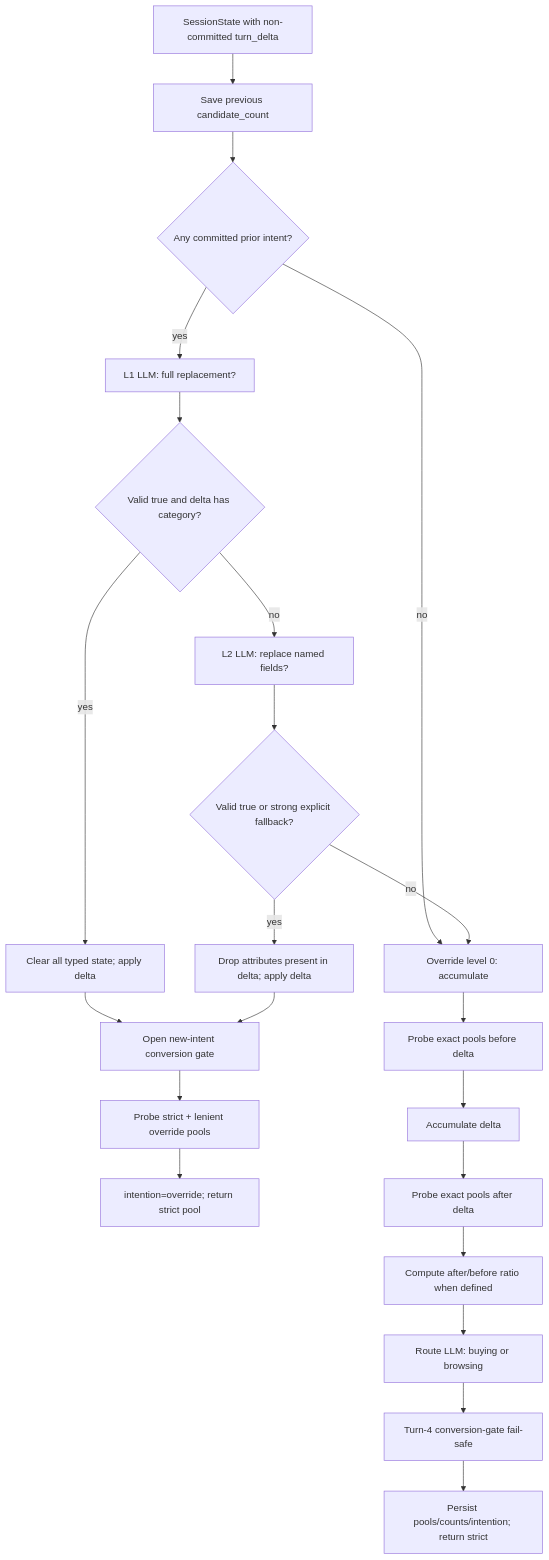
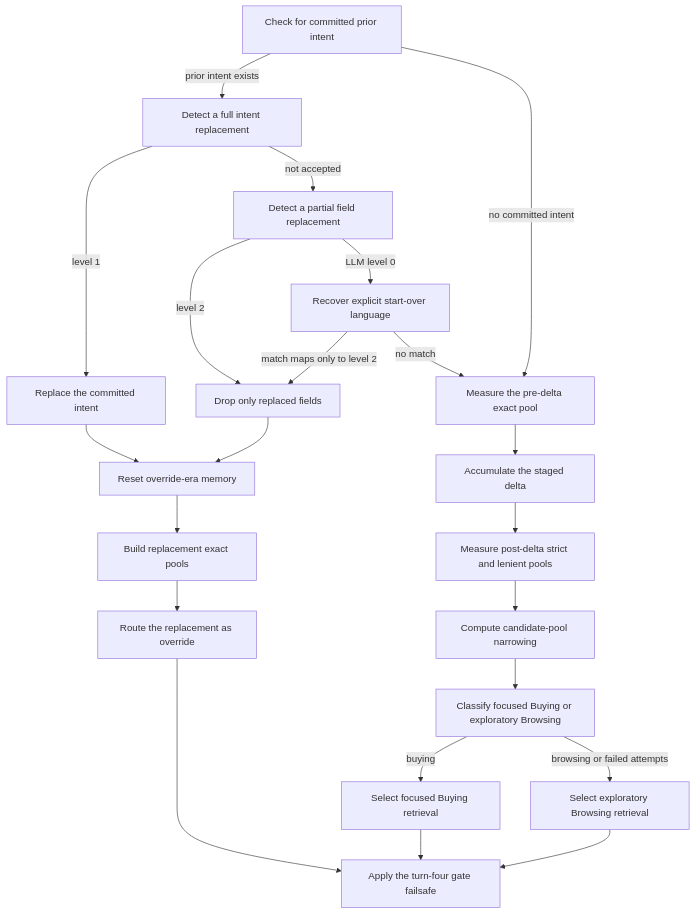
The diagram in agent/intent_router/README.md (Maxxtucker/WOW-WILDLOTUS-Shopping-Copilot), drawn with Mermaid before and after one commit. The commit also changed other lines of this file and 70 other files, not shown here.

First line of the commit message:
Align workflow schema with an interactive demo circuit.

````diff
--- a/agent/intent_router/README.md
+++ b/agent/intent_router/README.md
@@ -9,24 +10,41 @@
 ```mermaid
 flowchart TD
-    IN["SessionState with non-committed turn_delta"] --> PRIOR["Save previous candidate_count"]
-    PRIOR --> COMMIT{"Any committed prior intent?"}
-    COMMIT -- no --> ACC["Override level 0: accumulate"]
-    COMMIT -- yes --> L1["L1 LLM: full replacement?"]
-    L1 --> FULL{"Valid true and delta has category?"}
-    FULL -- yes --> RESET["Clear all typed state; apply delta"]
-    FULL -- no --> L2["L2 LLM: replace named fields?"]
-    L2 --> PART{"Valid true or strong explicit fallback?"}
-    PART -- yes --> DROP["Drop attributes present in delta; apply delta"]
-    PART -- no --> ACC
-    RESET --> GATE["Open new-intent conversion gate"]
-    DROP --> GATE
-    GATE --> OPOOL["Probe strict + lenient override pools"]
-    OPOOL --> OOUT["intention=override; return strict pool"]
-    ACC --> BEFORE["Probe exact pools before delta"]
-    BEFORE --> APPLY["Accumulate delta"]
-    APPLY --> AFTER["Probe exact pools after delta"]
-    AFTER --> RATIO["Compute after/before ratio when defined"]
-    RATIO --> ROUTE["Route LLM: buying or browsing"]
-    ROUTE --> SAFE["Turn-4 conversion-gate fail-safe"]
-    SAFE --> OUT["Persist pools/counts/intention; return strict"]
+    committed_intent["Check for committed prior intent"]
+    override_l1["Detect a full intent replacement"]
+    override_l2["Detect a partial field replacement"]
+    strong_override_fallback["Recover explicit start-over language"]
+    replace_delta["Replace the committed intent"]
+    drop_slots["Drop only replaced fields"]
+    override_gate_cleanup["Reset override-era memory"]
+    probe_override["Build replacement exact pools"]
+    intention_override["Route the replacement as override"]
+    probe_before["Measure the pre-delta exact pool"]
+    apply_delta["Accumulate the staged delta"]
+    probe_after["Measure post-delta strict and lenient pools"]
+    pool_ratio["Compute candidate-pool narrowing"]
+    route_llm["Classify focused Buying or exploratory Browsing"]
+    buying["Select focused Buying retrieval"]
+    browsing["Select exploratory Browsing retrieval"]
+    failsafe["Apply the turn-four gate failsafe"]
+    committed_intent -- "prior intent exists" --> override_l1
+    committed_intent -- "no committed intent" --> probe_before
+    override_l1 -- "level 1" --> replace_delta
+    override_l1 -- "not accepted" --> override_l2
+    override_l2 -- "level 2" --> drop_slots
+    override_l2 -- "LLM level 0" --> strong_override_fallback
+    strong_override_fallback -- "match maps only to level 2" --> drop_slots
+    strong_override_fallback -- "no match" --> probe_before
+    replace_delta --> override_gate_cleanup
+    drop_slots --> override_gate_cleanup
+    override_gate_cleanup --> probe_override
+    probe_override --> intention_override
+    intention_override --> failsafe
+    probe_before --> apply_delta
+    apply_delta --> probe_after
+    probe_after --> pool_ratio
+    pool_ratio --> route_llm
+    route_llm -- "buying" --> buying
+    route_llm -- "browsing or failed attempts" --> browsing
+    buying --> failsafe
+    browsing --> failsafe
 ```
````
